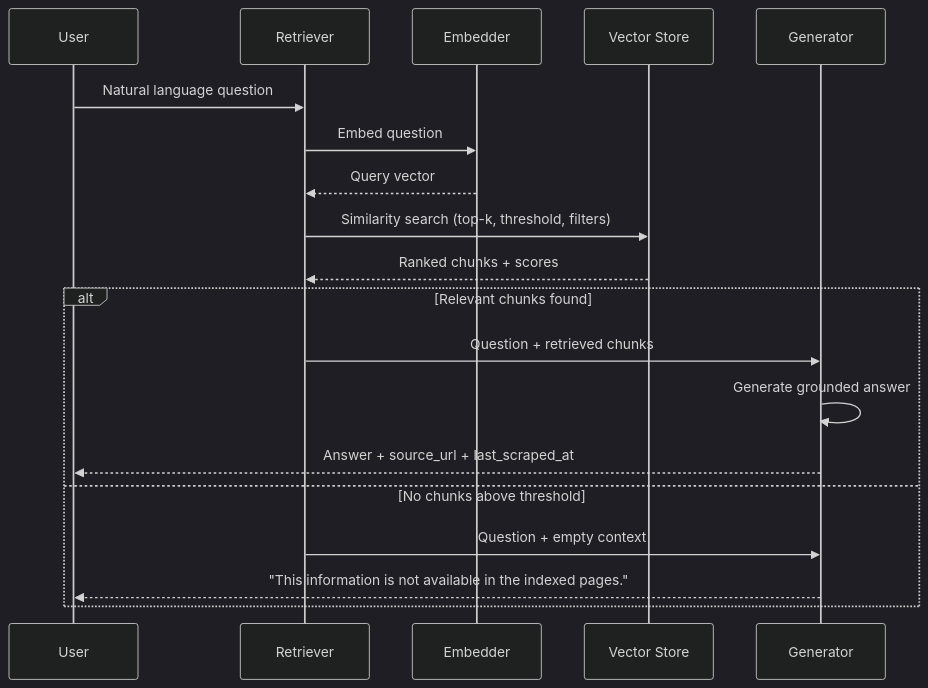
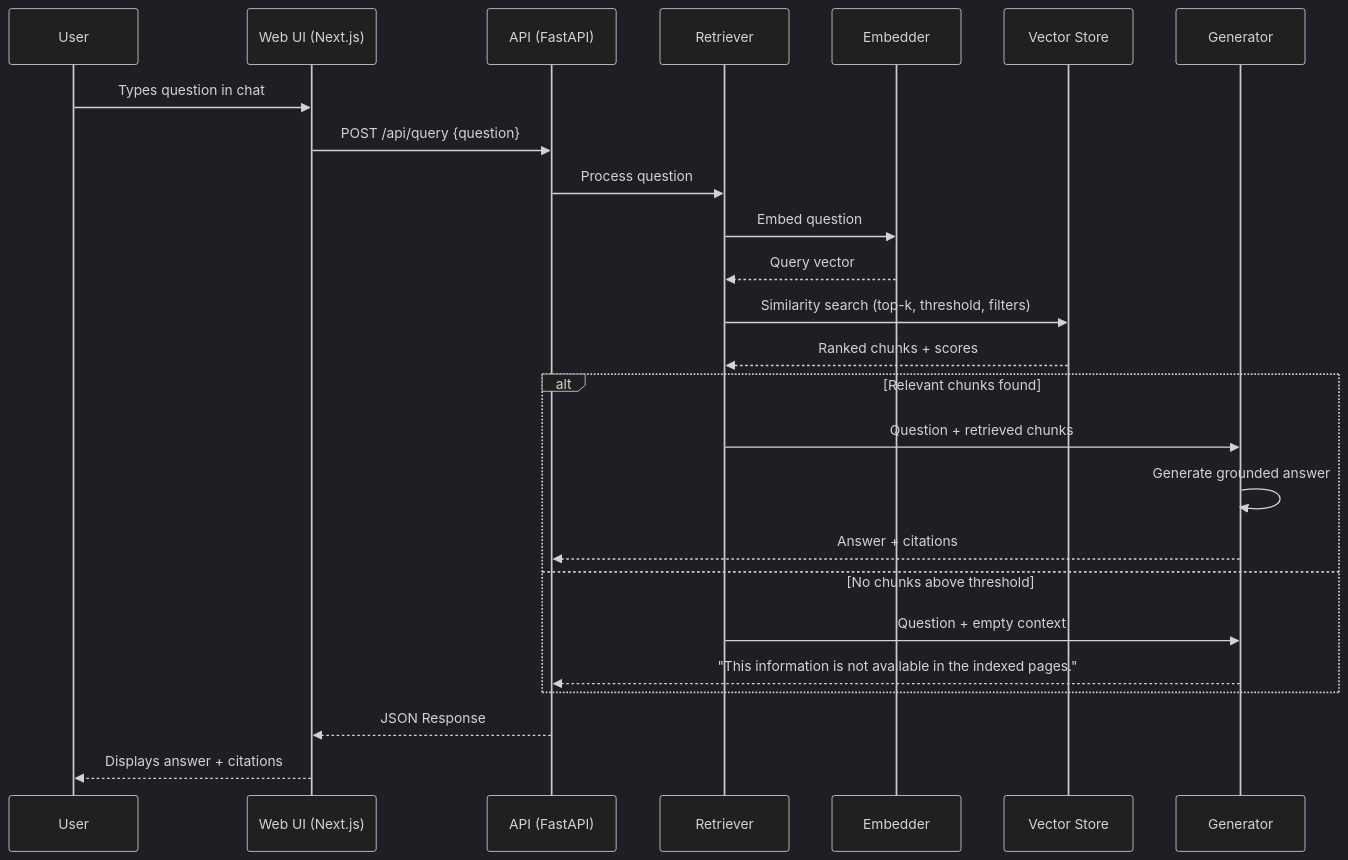
Before and after one commit to Pranjalian/RAG_UC: the fourth of 9 diagrams in docs/Architecture.md, drawn with Mermaid (dark theme). The commit also changed other lines of this file and 2 other files, not shown here.

Commit message:
docs: update architecture and implementation plan with Web UI details and refined architecture diagram

````diff
--- a/docs/Architecture.md
+++ b/docs/Architecture.md
@@ -813,23 +848,29 @@
 ```mermaid
 sequenceDiagram
     participant U as User
+    participant W as Web UI (Next.js)
+    participant A as API (FastAPI)
     participant R as Retriever
     participant E as Embedder
     participant VS as Vector Store
     participant G as Generator
 
-    U->>R: Natural language question
+    U->>W: Types question in chat
+    W->>A: POST /api/query {question}
+    A->>R: Process question
     R->>E: Embed question
     E-->>R: Query vector
     R->>VS: Similarity search (top-k, threshold, filters)
     VS-->>R: Ranked chunks + scores
     
     alt Relevant chunks found
         R->>G: Question + retrieved chunks
         G->>G: Generate grounded answer
-        G-->>U: Answer + source_url + last_scraped_at
+        G-->>A: Answer + citations
     else No chunks above threshold
         R->>G: Question + empty context
-        G-->>U: "This information is not available in the indexed pages."
+        G-->>A: "This information is not available in the indexed pages."
     end
+    A-->>W: JSON Response
+    W-->>U: Displays answer + citations
 ```
````
